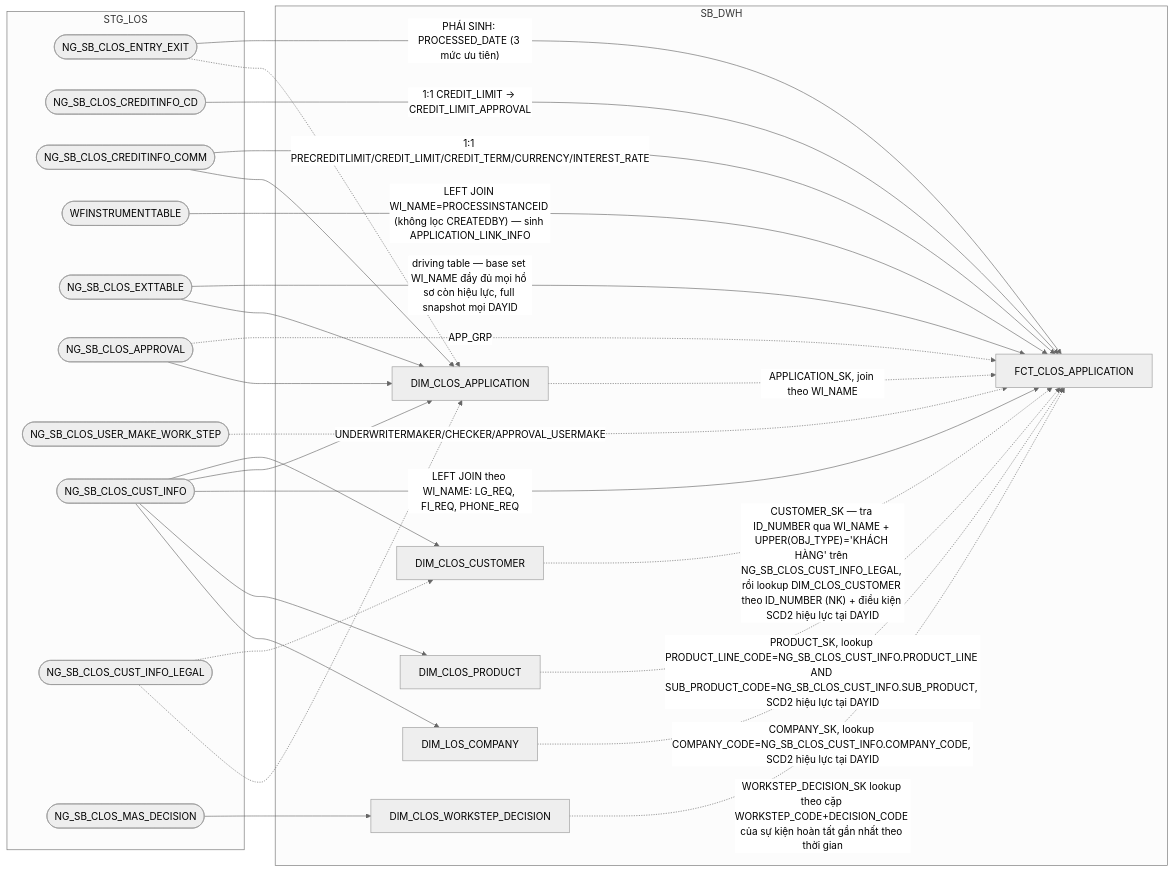
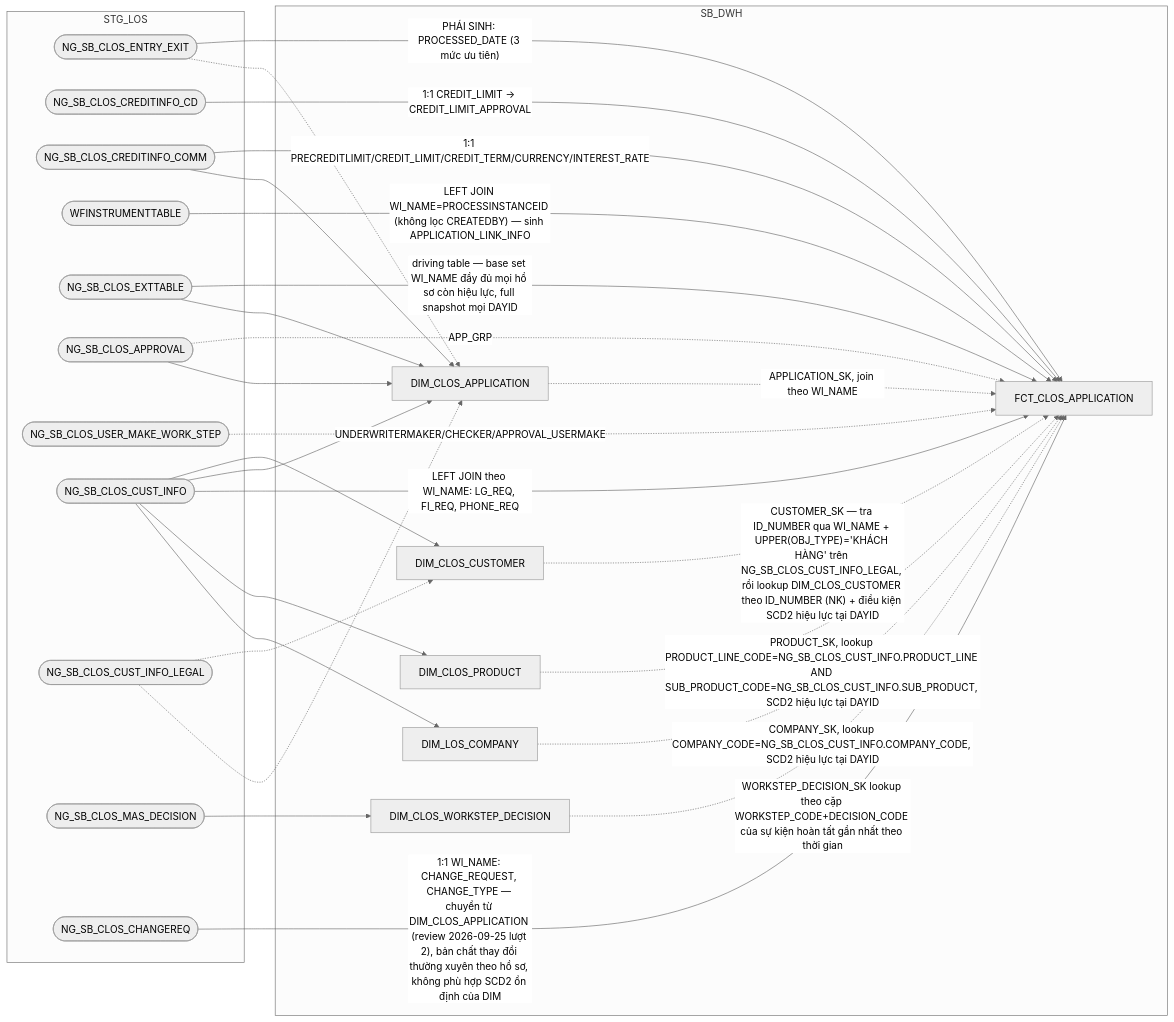
The first of 14 diagrams in hld/hld_review/HLD_FCT_SB_DWH_review.md (chien1198/sb-mapping-gen), drawn with Mermaid (neutral theme) before and after one commit. The commit also changed other lines of this file and 36 other files, not shown here.

````diff
--- a/hld/hld_review/HLD_FCT_SB_DWH_review.md
+++ b/hld/hld_review/HLD_FCT_SB_DWH_review.md
@@ -24,47 +24,49 @@
 ```mermaid
 flowchart LR
     subgraph STG_LOS
         A(["NG_SB_CLOS_ENTRY_EXIT"])
         B(["NG_SB_CLOS_CREDITINFO_CD"])
         C(["NG_SB_CLOS_CREDITINFO_COMM"])
         D(["WFINSTRUMENTTABLE"])
         F(["NG_SB_CLOS_EXTTABLE"])
         G(["NG_SB_CLOS_APPROVAL"])
         H(["NG_SB_CLOS_USER_MAKE_WORK_STEP"])
         M(["NG_SB_CLOS_CUST_INFO"])
         ML(["NG_SB_CLOS_CUST_INFO_LEGAL"])
         MW(["NG_SB_CLOS_MAS_DECISION"])
+        K1(["NG_SB_CLOS_CHANGEREQ"])
     end
     subgraph SB_DWH
         K["DIM_CLOS_CUSTOMER"]
         WD["DIM_CLOS_WORKSTEP_DECISION"]
         PR["DIM_CLOS_PRODUCT"]
         OU["DIM_LOS_COMPANY"]
         AP["DIM_CLOS_APPLICATION"]
         E["FCT_CLOS_APPLICATION"]
     end
     A -->|"PHÁI SINH: PROCESSED_DATE (3 mức ưu tiên)"| E
     B -->|1:1 CREDIT_LIMIT → CREDIT_LIMIT_APPROVAL| E
     C -->|1:1 PRECREDITLIMIT/CREDIT_LIMIT/CREDIT_TERM/CURRENCY/INTEREST_RATE| E
     D -->|"LEFT JOIN WI_NAME=PROCESSINSTANCEID (không lọc CREATEDBY) — sinh APPLICATION_LINK_INFO"| E
     F -->|"driving table — base set WI_NAME đầy đủ mọi hồ sơ còn hiệu lực, full snapshot mọi DAYID"| E
     G -.->|"APP_GRP"| E
     H -.->|"UNDERWRITERMAKER/CHECKER/APPROVAL_USERMAKE"| E
     K -.->|"CUSTOMER_SK — tra ID_NUMBER qua WI_NAME + UPPER(OBJ_TYPE)='KHÁCH HÀNG' trên NG_SB_CLOS_CUST_INFO_LEGAL, rồi lookup DIM_CLOS_CUSTOMER theo ID_NUMBER (NK) + điều kiện SCD2 hiệu lực tại DAYID"| E
     M --> K
     ML -.-> K
     MW --> WD
     WD -.->|"WORKSTEP_DECISION_SK lookup theo cặp WORKSTEP_CODE+DECISION_CODE của sự kiện hoàn tất gần nhất theo thời gian"| E
     PR -.->|"PRODUCT_SK, lookup PRODUCT_LINE_CODE=NG_SB_CLOS_CUST_INFO.PRODUCT_LINE AND SUB_PRODUCT_CODE=NG_SB_CLOS_CUST_INFO.SUB_PRODUCT, SCD2 hiệu lực tại DAYID"| E
     OU -.->|"COMPANY_SK, lookup COMPANY_CODE=NG_SB_CLOS_CUST_INFO.COMPANY_CODE, SCD2 hiệu lực tại DAYID"| E
     F --> AP
     M --> AP
     ML -.-> AP
     G --> AP
     A -.-> AP
     C --> AP
     AP -.->|"APPLICATION_SK, join theo WI_NAME"| E
     M -->|"LEFT JOIN theo WI_NAME: LG_REQ, FI_REQ, PHONE_REQ"| E
     M --> PR
     M --> OU
+    K1 -->|"1:1 WI_NAME: CHANGE_REQUEST, CHANGE_TYPE — chuyển từ DIM_CLOS_APPLICATION (review 2026-09-25 lượt 2), bản chất thay đổi thường xuyên theo hồ sơ, không phù hợp SCD2 ổn định của DIM"| E
 ```
````
